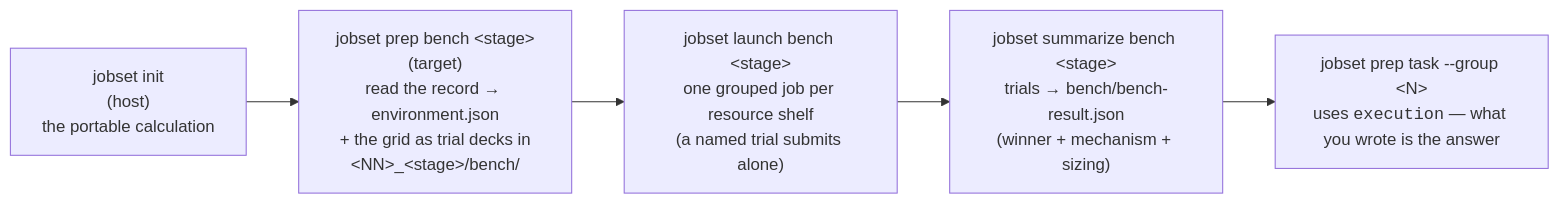
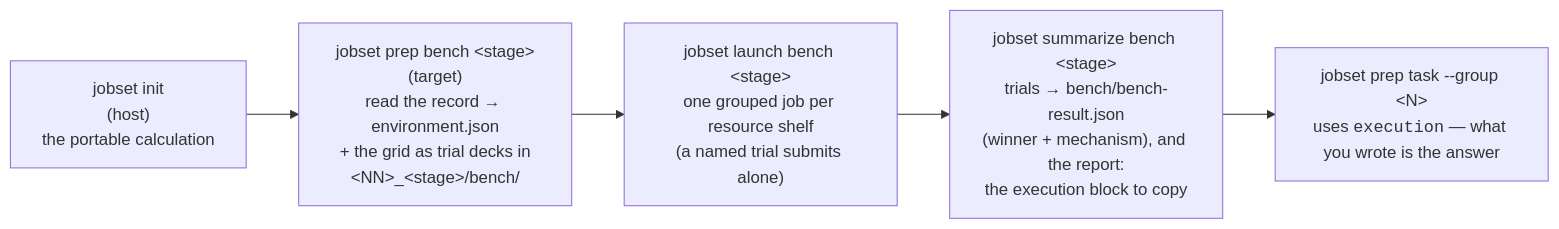
One commit to Qing-LAB/molbuilder changed diagram 15 of 19 in docs/execution/job-system.md. Above: the diagram before and after it, drawn with Mermaid. The commit also changed other lines of this file and 54 other files, not shown here.

````diff
--- a/docs/execution/job-system.md
+++ b/docs/execution/job-system.md
@@ -2647,9 +2713,9 @@
 ```mermaid
 flowchart LR
     D["jobset init<br/>(host)<br/>the portable calculation"]
     P["jobset prep bench &lt;stage&gt;<br/>(target)<br/>read the record → environment.json<br/>+ the grid as trial decks in<br/>&lt;NN&gt;_&lt;stage&gt;/bench/"]
     R["jobset launch bench &lt;stage&gt;<br/>one grouped job per resource shelf<br/>(a named trial submits alone)"]
-    S["jobset summarize bench &lt;stage&gt;<br/>trials → bench/bench-result.json<br/>(winner + mechanism + sizing)"]
+    S["jobset summarize bench &lt;stage&gt;<br/>trials → bench/bench-result.json<br/>(winner + mechanism), and the report:<br/>the execution block to copy"]
     PR["jobset prep task --group &lt;N&gt;<br/>uses <code>execution</code> — what you wrote is the answer"]
     D --> P --> R --> S --> PR
 ```
````
